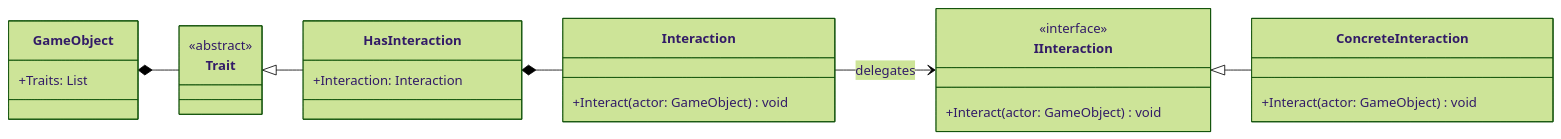
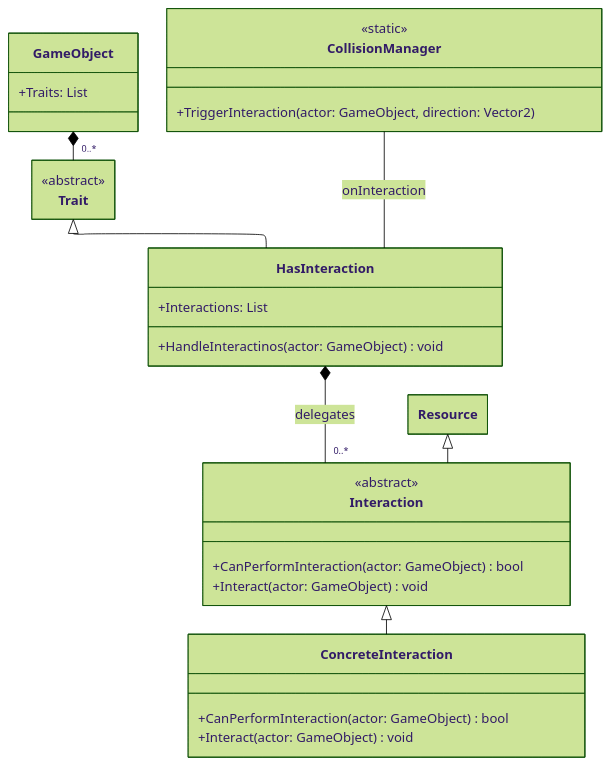
One commit to andarms/Hmk changed the third of 4 diagrams in docs/architecture.md. Above: the diagram before and after it, drawn with Mermaid (forest theme). The commit also changed 11 other files, not shown here.

````diff
--- a/docs/architecture.md
+++ b/docs/architecture.md
@@ -105,39 +105,44 @@
 ```mermaid
+---
+config:
+  layout: elk
+  class:
+    hideEmptyMembersBox: true
+---
 classDiagram
-direction LR
+direction TB
 
-class IInteraction {
-    <<interface>>
+class Interaction {
+    +CanPerformInteraction(actor: GameObject) bool
     +Interact(actor: GameObject) void
 }
-
-class Interaction {
+class ConcreteInteraction {
+    +CanPerformInteraction(actor: GameObject) bool
     +Interact(actor: GameObject) void
 }
-
+class HasInteraction {
+    +Interactions: List
+    +HandleInteractinos(actor: GameObject) void
+}
 class GameObject {
-    +Traits: List<Trait>
+    +Traits: List
+}
+class Trait {
+}
+class CollisionManager {
+    +TriggerInteraction(actor: GameObject, direction: Vector2)
+}
+class Resource {
 }
 
-class ConcreteInteraction {
-    +Interact(actor: GameObject) void
-}
+<<abstract>> Interaction
+<<abstract>> Trait
+<<static>> CollisionManager
 
-class Trait {
-    <<abstract>>
-}
-
-class HasInteraction {
-    +Interaction: Interaction
-}
-
-
-%% Relations
-Interaction --> IInteraction : delegates
-IInteraction <|-- ConcreteInteraction
-
+Interaction <|-- ConcreteInteraction
 Trait <|-- HasInteraction
-HasInteraction *-- Interaction
-
-GameObject *-- Trait
+HasInteraction *-- "0..*" Interaction : delegates
+GameObject *-- "0..*" Trait
+CollisionManager -- HasInteraction : onInteraction
+Resource <|-- Interaction
 ```
````
